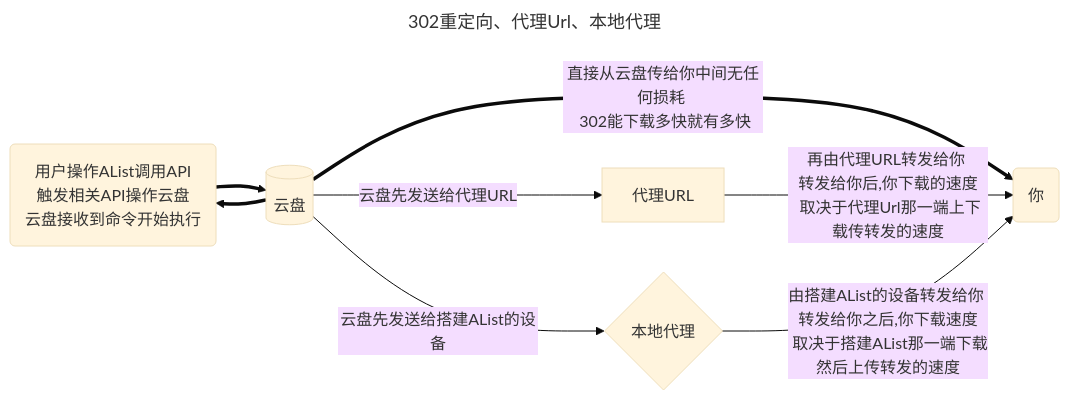
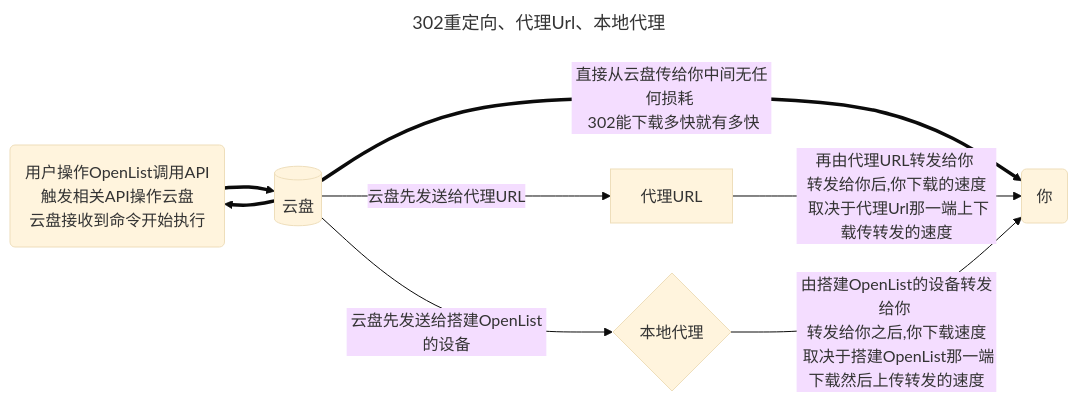
One commit to xyamzw/docs changed the diagram in docs/zh/guide/drivers/common.md. Above: the diagram before and after it, drawn with Mermaid (base theme). The commit also changed other lines of this file and 113 other files, not shown here.

````diff
--- a/docs/zh/guide/drivers/common.md
+++ b/docs/zh/guide/drivers/common.md
@@ -141,16 +141,16 @@
 ```mermaid
 ---
 title: 302重定向、代理Url、本地代理
 ---
 flowchart LR
-	E(用户操作AList调用API <br/> 触发相关API操作云盘 <br/> 云盘接收到命令开始执行)
+	E(用户操作OpenList调用API <br/> 触发相关API操作云盘 <br/> 云盘接收到命令开始执行)
 	A[(云盘)]
 	B(你)
 	C[代理URL]
 	D{本地代理}
 	E==>A==>E
     A==>|直接从云盘传给你中间无任何损耗 <br/> 302能下载多快就有多快|B
     A-->|云盘先发送给代理URL|C-->|再由代理URL转发给你 <br/> 转发给你后,你下载的速度 <br/> 取决于代理Url那一端上下载传转发的速度|B
-    A-->|云盘先发送给搭建AList的设备|D-->|由搭建AList的设备转发给你 <br/> 转发给你之后,你下载速度 <br/> 取决于搭建AList那一端下载然后上传转发的速度|B
+    A-->|云盘先发送给搭建OpenList的设备|D-->|由搭建OpenList的设备转发给你 <br/> 转发给你之后,你下载速度 <br/> 取决于搭建OpenList那一端下载然后上传转发的速度|B
 
 ```
````
